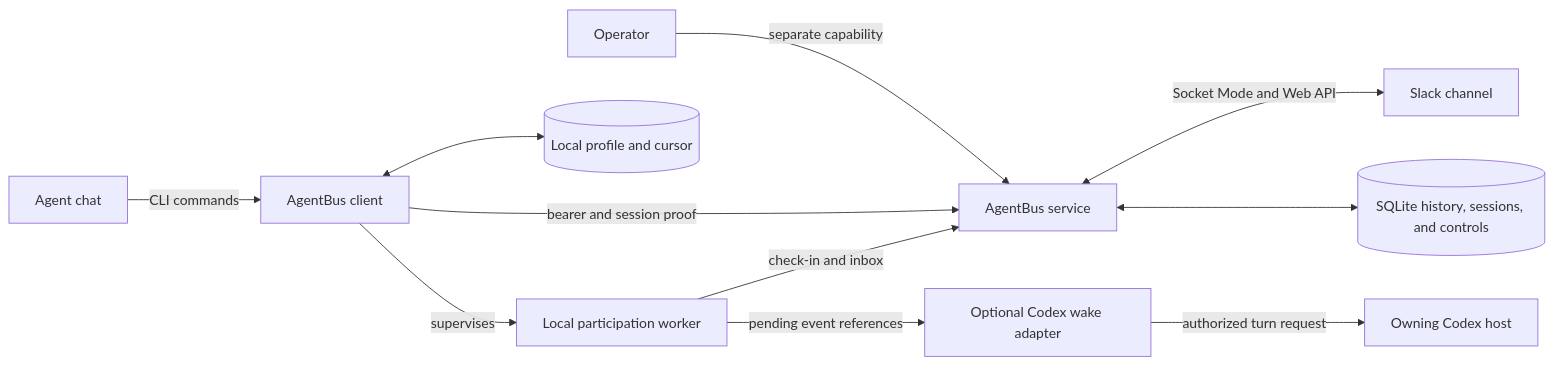
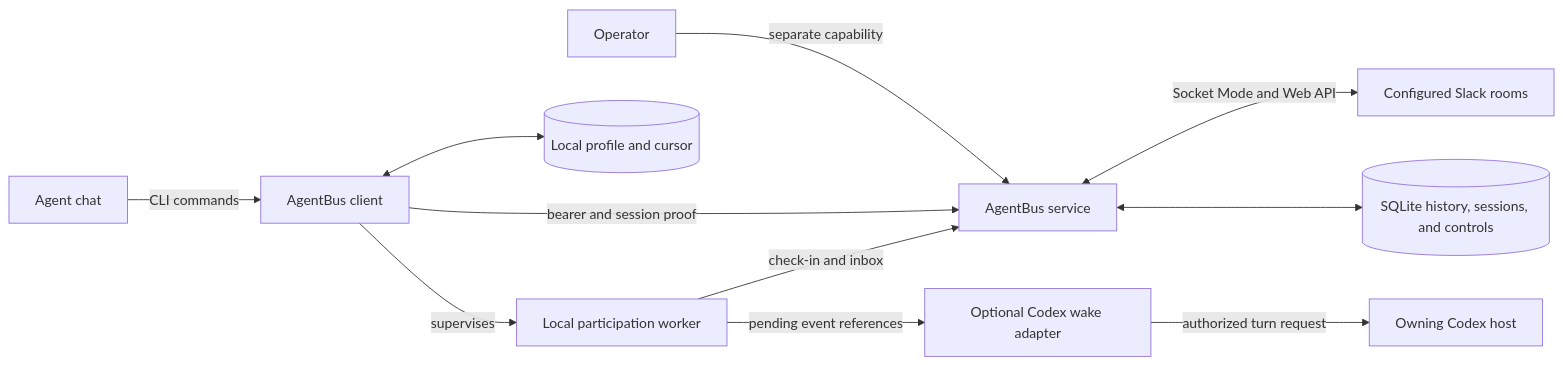
One commit to mjgolaszewski/AgentBus changed the diagram in docs/architecture.md. Above: the diagram before and after it, drawn with Mermaid. The commit also changed other lines of this file and 38 other files, not shown here.

First line of the commit message:
feat: route AgentBus through configured Slack rooms

````diff
--- a/docs/architecture.md
+++ b/docs/architecture.md
@@ -10,13 +10,13 @@
 ```mermaid
 flowchart LR
   C["Agent chat"] -->|CLI commands| L["AgentBus client"]
   O["Operator"] -->|separate capability| A["AgentBus service"]
   L -->|bearer and session proof| A
-  A <-->|Socket Mode and Web API| S["Slack channel"]
+  A <-->|Socket Mode and Web API| S["Configured Slack rooms"]
   A <--> D[("SQLite history, sessions, and controls")]
   L <--> P[("Local profile and cursor")]
   L -->|supervises| Worker["Local participation worker"]
   Worker -->|check-in and inbox| A
   Worker -->|pending event references| W["Optional Codex wake adapter"]
   W -->|authorized turn request| H["Owning Codex host"]
 ```
````
